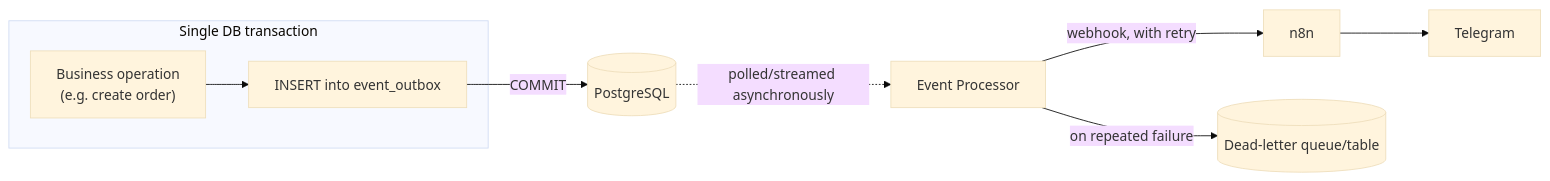
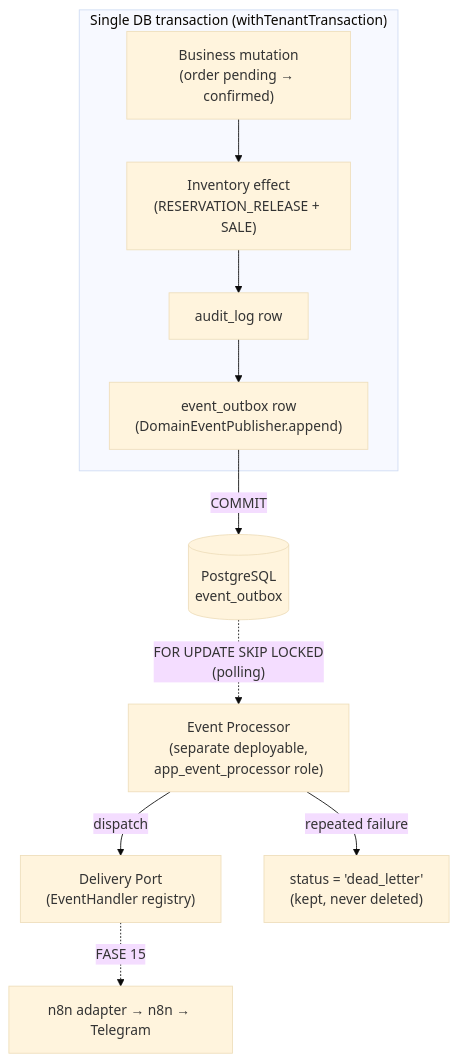
One commit to smagsoft-code/saas-inventory changed the diagram in docs/architecture/events.md. Above: the diagram before and after it, drawn with Mermaid (base theme). The commit also changed other lines of this file and 42 other files, not shown here.

Commit message:
feat(events): implement transactional outbox and event processor

````diff
--- a/docs/architecture/events.md
+++ b/docs/architecture/events.md
@@ -23,13 +40,15 @@
 ```mermaid
-flowchart LR
-    subgraph "Single DB transaction"
-        Op["Business operation\n(e.g. create order)"]
-        Outbox["INSERT into event_outbox"]
+flowchart TB
+    subgraph tx["Single DB transaction (withTenantTransaction)"]
+        Op["Business mutation\n(order pending → confirmed)"]
+        Inv["Inventory effect\n(RESERVATION_RELEASE + SALE)"]
+        Aud["audit_log row"]
+        Evt["event_outbox row\n(DomainEventPublisher.append)"]
     end
-    Op --> Outbox
-    Outbox -->|"COMMIT"| DB[("PostgreSQL")]
-    DB -.->|"polled/streamed asynchronously"| Processor["Event Processor"]
-    Processor -->|"webhook, with retry"| N8N["n8n"]
-    N8N --> Telegram["Telegram"]
-    Processor -->|"on repeated failure"| DLQ[("Dead-letter queue/table")]
+    Op --> Inv --> Aud --> Evt
+    Evt -->|COMMIT| DB[("PostgreSQL\nevent_outbox")]
+    DB -.->|"FOR UPDATE SKIP LOCKED\n(polling)"| EP["Event Processor\n(separate deployable,\napp_event_processor role)"]
+    EP -->|"dispatch"| Port["Delivery Port\n(EventHandler registry)"]
+    Port -.->|"FASE 15"| N8N["n8n adapter → n8n → Telegram"]
+    EP -->|"repeated failure"| DL["status = 'dead_letter'\n(kept, never deleted)"]
 ```
````
